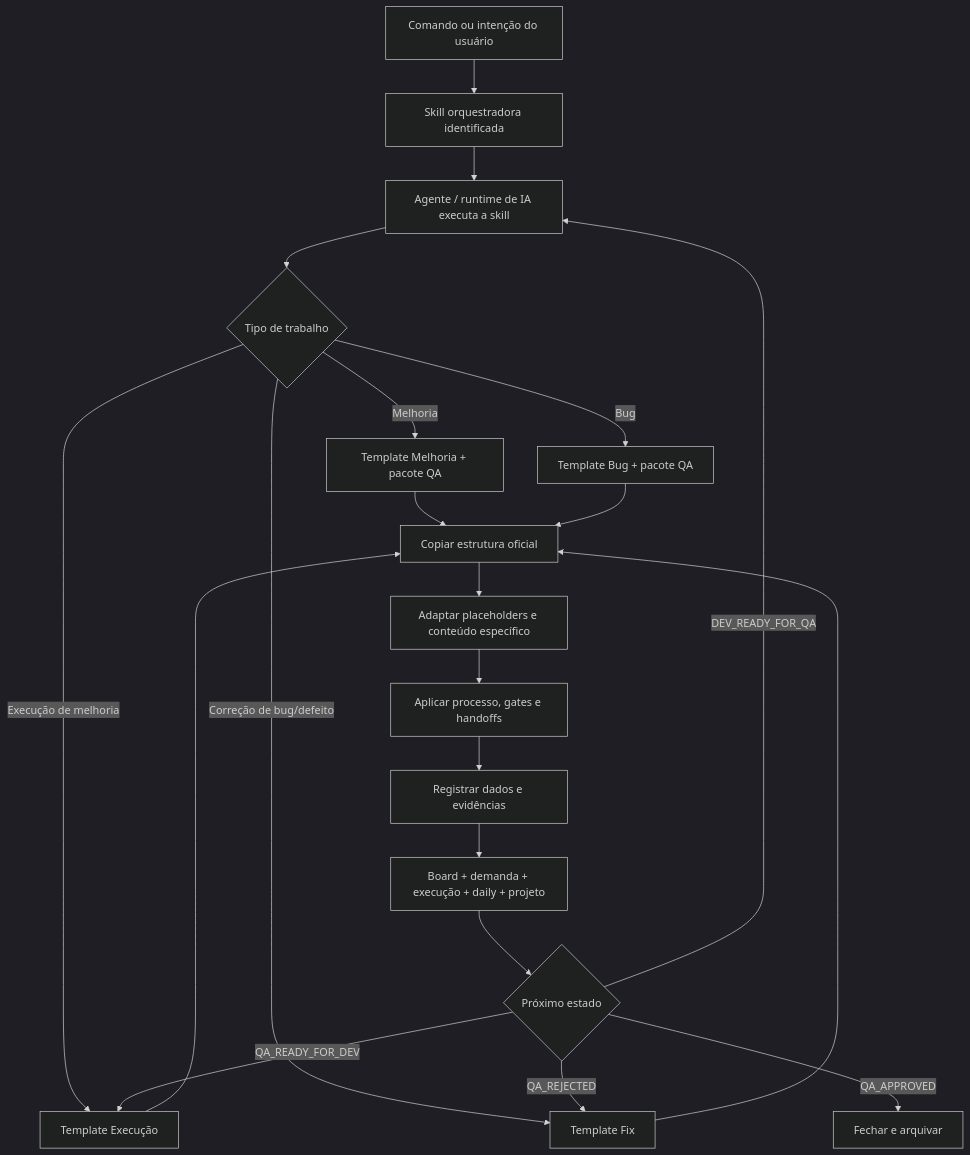
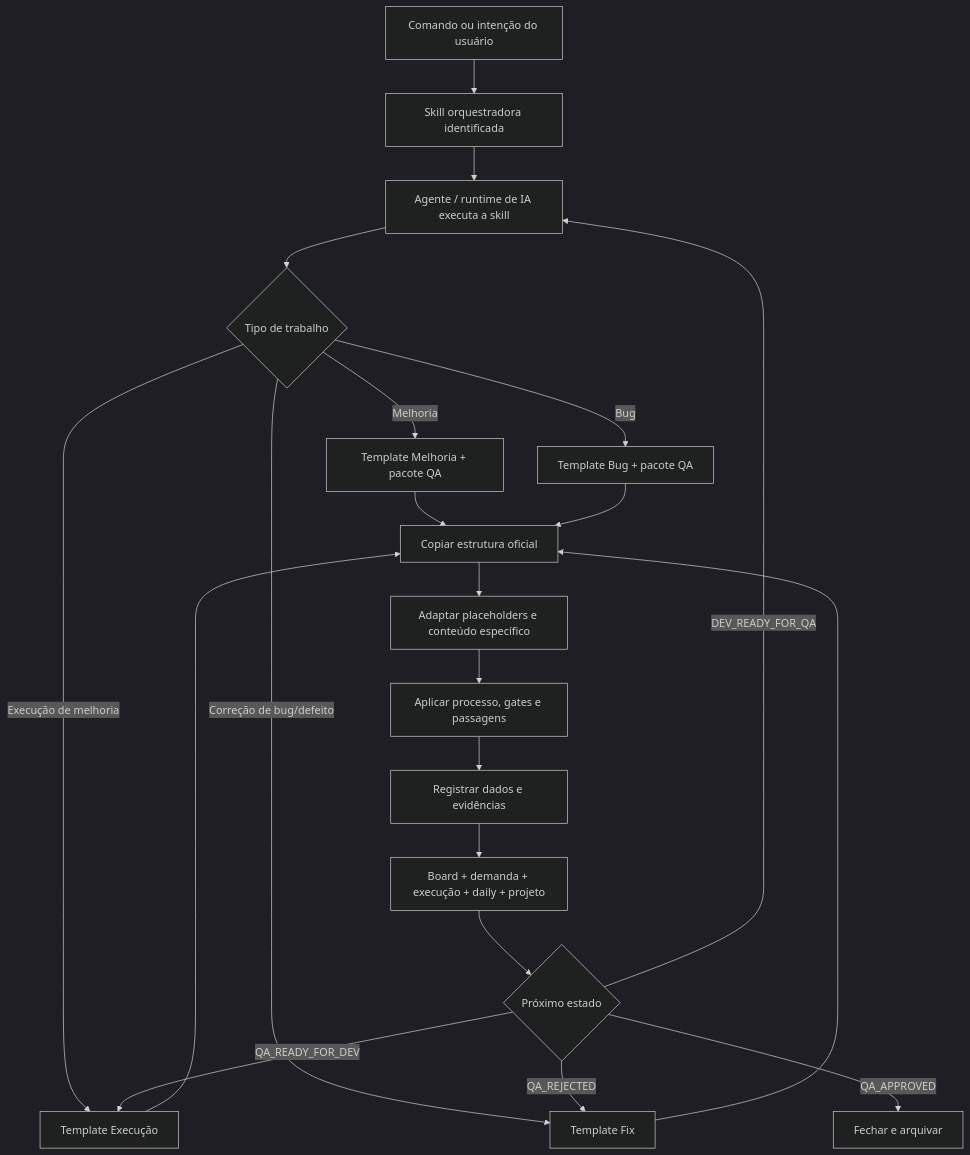
One commit to RafaCartaxo/operating-vault changed the diagram in 01 Board/Processos/Arquitetura operacional.md. Above: the diagram before and after it, drawn with Mermaid (dark theme). The commit also changed other lines of this file and 13 other files, not shown here.

````diff
--- a/01 Board/Processos/Arquitetura operacional.md
+++ b/01 Board/Processos/Arquitetura operacional.md
@@ -13,23 +13,23 @@
 ```mermaid
 flowchart TD
     A[Comando ou intenção do usuário] --> B[Skill orquestradora identificada]
     B --> C[Agente / runtime de IA executa a skill]
     C --> D{Tipo de trabalho}
     D -- Melhoria --> E[Template Melhoria + pacote QA]
     D -- Bug --> F[Template Bug + pacote QA]
     D -- Execução de melhoria --> G[Template Execução]
     D -- Correção de bug/defeito --> H[Template Fix]
     E --> I[Copiar estrutura oficial]
     F --> I
     G --> I
     H --> I
     I --> J[Adaptar placeholders e conteúdo específico]
-    J --> K[Aplicar processo, gates e handoffs]
+    J --> K[Aplicar processo, gates e passagens]
     K --> L[Registrar dados e evidências]
     L --> M[Board + demanda + execução + daily + projeto]
     M --> N{Próximo estado}
     N -- QA_READY_FOR_DEV --> G
     N -- DEV_READY_FOR_QA --> C
     N -- QA_REJECTED --> H
     N -- QA_APPROVED --> O[Fechar e arquivar]
 ```
````
